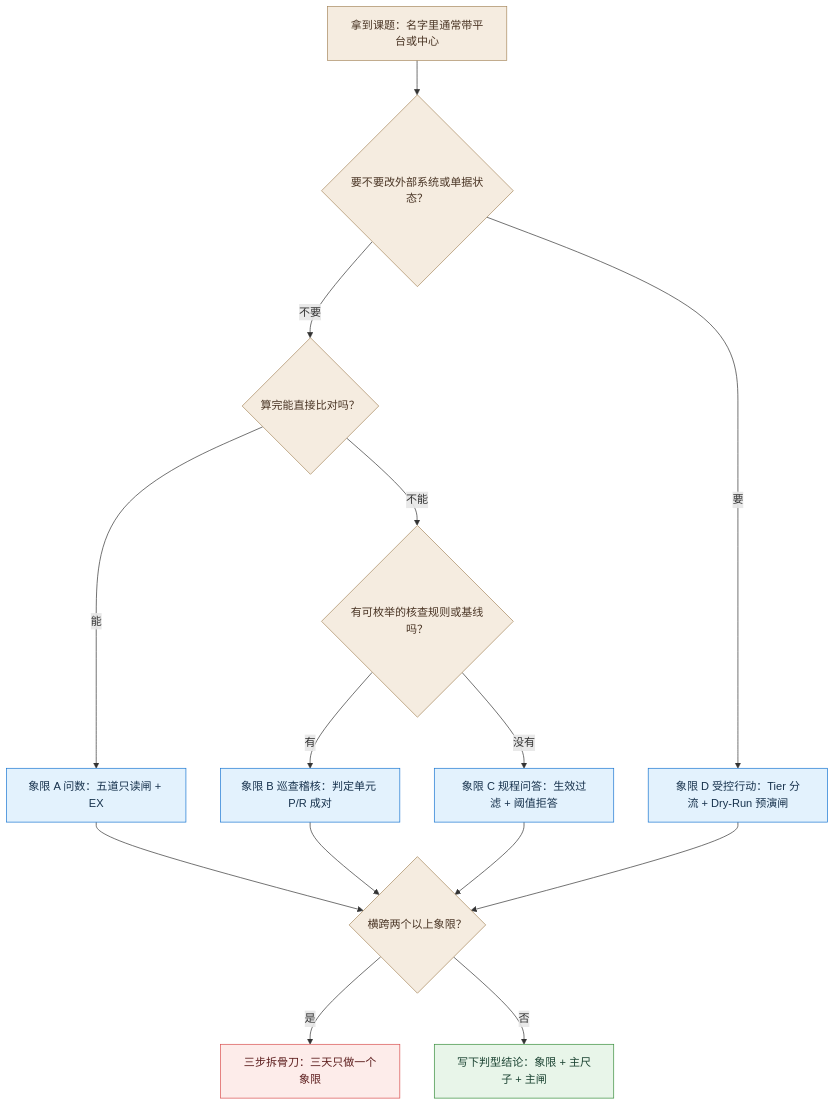
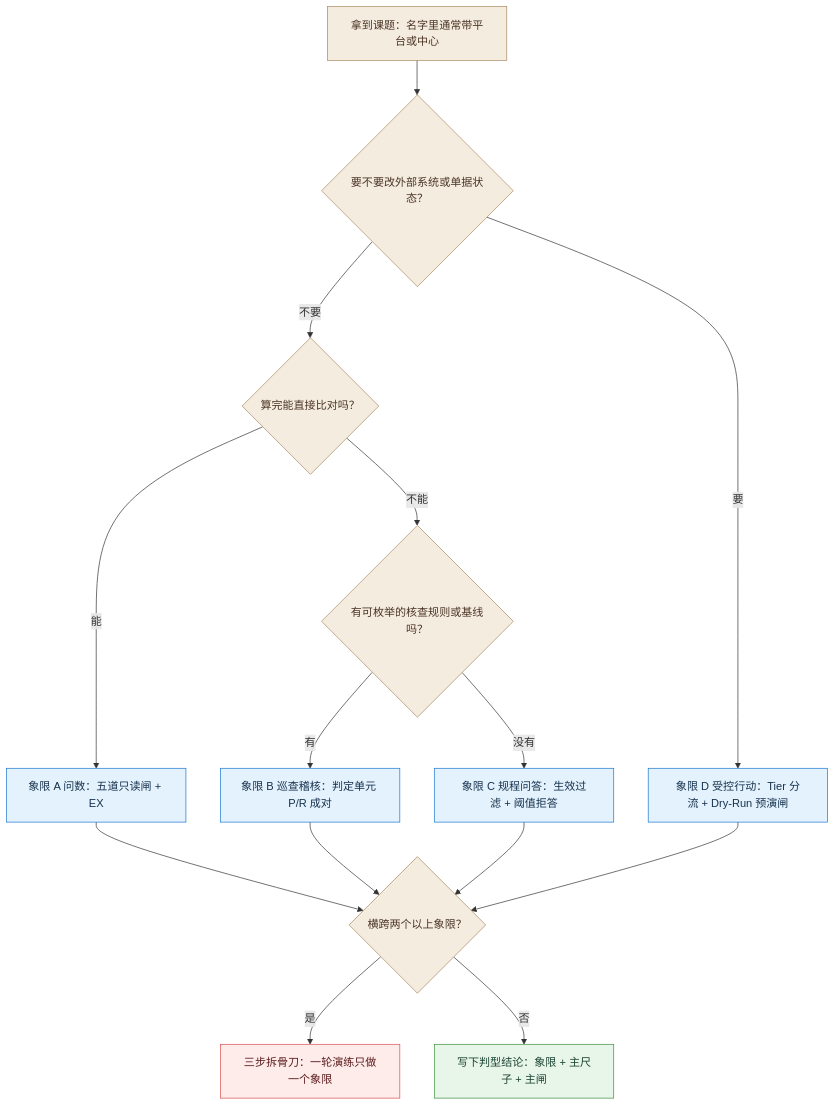
Before and after one commit to cloudzun/mingzhou: the first of 2 diagrams in content/03.md, drawn with Mermaid. The commit also changed other lines of this file and 7 other files, not shown here.

````diff
--- a/content/03.md
+++ b/content/03.md
@@ -57,25 +61,25 @@
 ```mermaid
 flowchart TD
   S["拿到课题：名字里通常带平台或中心"] --> Q0{"要不要改外部系统或单据状态？"}
   Q0 -->|"要"| D["象限 D 受控行动：Tier 分流 + Dry-Run 预演闸"]
   Q0 -->|"不要"| Q1{"算完能直接比对吗？"}
   Q1 -->|"能"| A["象限 A 问数：五道只读闸 + EX"]
   Q1 -->|"不能"| Q2{"有可枚举的核查规则或基线吗？"}
   Q2 -->|"有"| B["象限 B 巡查稽核：判定单元 P/R 成对"]
   Q2 -->|"没有"| C["象限 C 规程问答：生效过滤 + 阈值拒答"]
   A --> MIX{"横跨两个以上象限？"}
   B --> MIX
   C --> MIX
   D --> MIX
-  MIX -->|"是"| CUT["三步拆骨刀：三天只做一个象限"]
+  MIX -->|"是"| CUT["三步拆骨刀：一轮演练只做一个象限"]
   MIX -->|"否"| GO["写下判型结论：象限 + 主尺子 + 主闸"]
 classDef blue fill:#e3f2fd,stroke:#1976d2,color:#17324d;
 classDef green fill:#e8f5e9,stroke:#388e3c,color:#1b4332;
 classDef red fill:#fdecea,stroke:#d94f4f,color:#5c1d1d;
 classDef warm fill:#f5ece0,stroke:#a8895f,color:#4a3525;
 classDef gray fill:#eceff1,stroke:#607d8b,color:#263238;
   class S,Q0,Q1,Q2,MIX warm;
   class A,B,C,D blue;
   class CUT red;
   class GO green;
 ```
````
